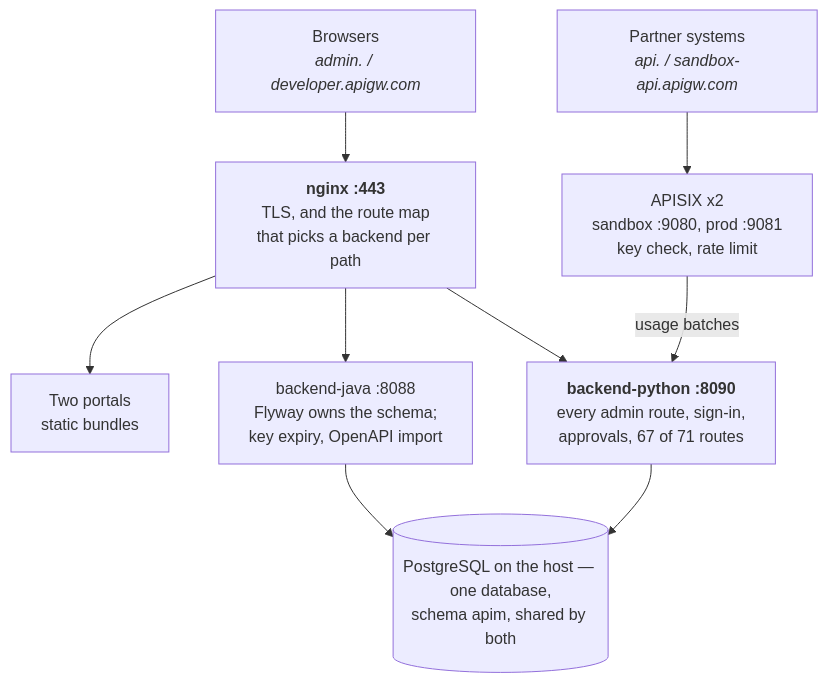
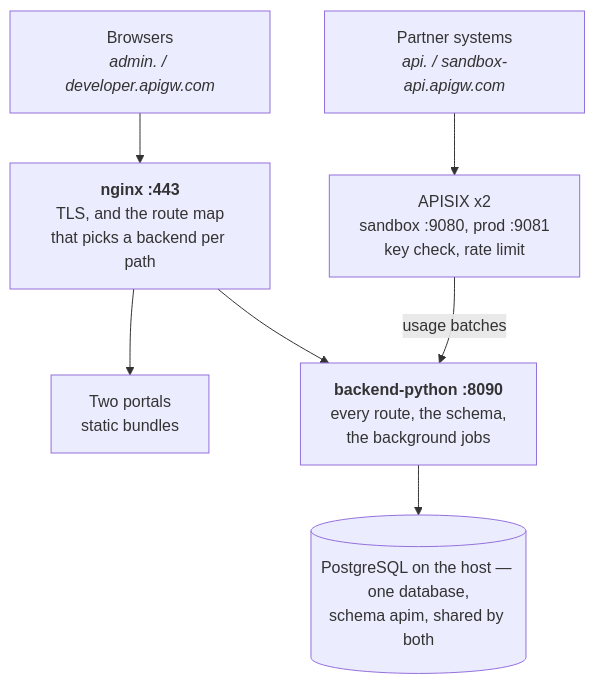
The diagram in docs/operations/configure.md (vaibhavsalve3110/APIGateway), drawn with Mermaid before and after one commit. The commit also changed other lines of this file and 5 other files, not shown here.

````diff
--- a/docs/operations/configure.md
+++ b/docs/operations/configure.md
@@ -11,20 +11,17 @@
 ```mermaid
 flowchart TD
     browsers["Browsers<br/><i>admin. / developer.apigw.com</i>"]
     partners["Partner systems<br/><i>api. / sandbox-api.apigw.com</i>"]
     nginx["<b>nginx :443</b><br/>TLS, and the route map<br/>that picks a backend per path"]
     apisix["APISIX x2<br/>sandbox :9080, prod :9081<br/>key check, rate limit"]
     portals["Two portals<br/>static bundles"]
-    java["backend-java :8088<br/>Flyway owns the schema;<br/>key expiry, OpenAPI import"]
-    python["<b>backend-python :8090</b><br/>every admin route, sign-in,<br/>approvals, 67 of 71 routes"]
+    python["<b>backend-python :8090</b><br/>every route, the schema,<br/>the background jobs"]
     db[("PostgreSQL on the host — one database,<br/>schema apim, shared by both")]
 
     browsers --> nginx
     partners --> apisix
     nginx --> portals
-    nginx --> java
     nginx --> python
     apisix -- "usage batches" --> python
-    java --> db
     python --> db
 ```
````
